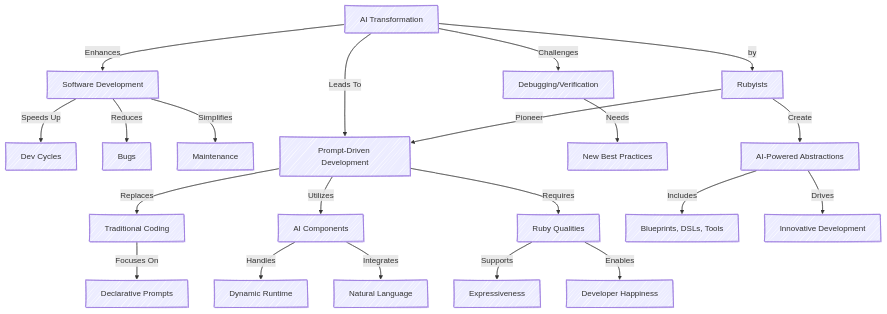
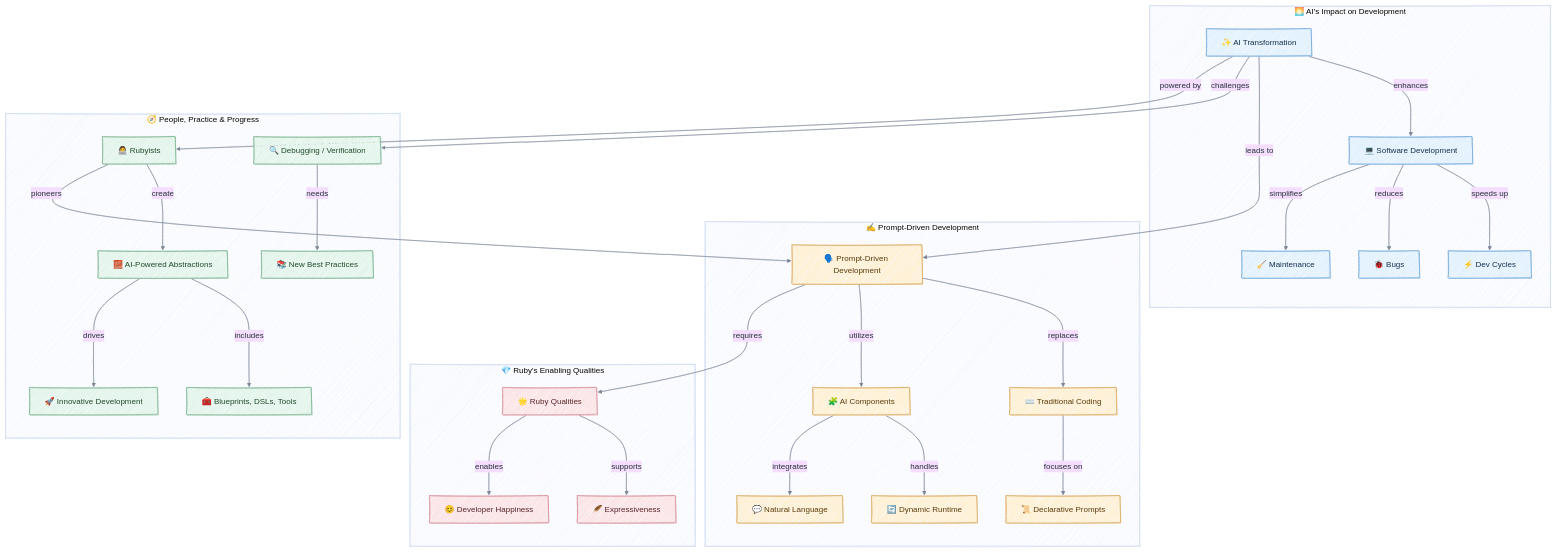
Before and after one commit to enogrob/enogrob.github.io: the diagram in _posts/2025-04-02-rubyists-leading-the-way-in-the-ai-revolution.md, drawn with Mermaid. The commit also changed 12 other files, not shown here.

````diff
--- a/_posts/2025-04-02-rubyists-leading-the-way-in-the-ai-revolution.md
+++ b/_posts/2025-04-02-rubyists-leading-the-way-in-the-ai-revolution.md
@@ -57,28 +57,45 @@
 ```mermaid!
-graph TD  
-%%{init: {"theme": "default", "look": "handDrawn"}}%%
-    A[AI Transformation] -->|Enhances| B[Software Development]  
-    B -->|Speeds Up| C[Dev Cycles]  
-    B -->|Reduces| D[Bugs]  
-    B -->|Simplifies| E[Maintenance]  
+%%{init: {"theme": "base", "look": "handDrawn", "themeVariables": {"fontFamily": "ui-sans-serif, system-ui, sans-serif", "lineColor": "#7c8798", "primaryTextColor": "#263238"}, "flowchart": {"nodeSpacing": 55, "rankSpacing": 90}}}%%
+flowchart TD
+   subgraph Impact["🌅 AI's Impact on Development"]
+      A["✨ AI Transformation"] -->|enhances| B["💻 Software Development"]
+      B -->|speeds up| C["⚡ Dev Cycles"]
+      B -->|reduces| D["🐞 Bugs"]
+      B -->|simplifies| E["🧹 Maintenance"]
+   end
 
-    A -->|Leads To| F[Prompt-Driven Development]  
-    F -->|Replaces| G[Traditional Coding]  
-    G -->|Focuses On| H[Declarative Prompts]  
+   subgraph PDD["✍️ Prompt-Driven Development"]
+      F["🗣️ Prompt-Driven Development"] -->|replaces| G["⌨️ Traditional Coding"]
+      G -->|focuses on| H["📜 Declarative Prompts"]
+      F -->|utilizes| I["🧩 AI Components"]
+      I -->|handles| J["🔄 Dynamic Runtime"]
+      I -->|integrates| K["💬 Natural Language"]
+   end
 
-    F -->|Utilizes| I[AI Components]  
-    I -->|Handles| J[Dynamic Runtime]  
-    I -->|Integrates| K[Natural Language]  
+   subgraph Ruby["💎 Ruby's Enabling Qualities"]
+      L["🌟 Ruby Qualities"] -->|supports| M["🪶 Expressiveness"]
+      L -->|enables| N["😊 Developer Happiness"]
+   end
 
-    F -->|Requires| L[Ruby Qualities]  
-    L -->|Supports| M[Expressiveness]  
-    L -->|Enables| N[Developer Happiness]  
+   subgraph Guardrails["🧭 People, Practice & Progress"]
+      O["🔍 Debugging / Verification"] -->|needs| Q["📚 New Best Practices"]
+      P["👩‍💻 Rubyists"] -->|create| R["🧱 AI-Powered Abstractions"]
+      R -->|includes| S["🧰 Blueprints, DSLs, Tools"]
+      R -->|drives| T["🚀 Innovative Development"]
+   end
 
-    A -->|Challenges| O[Debugging/Verification]  
-    O -->|Needs| Q[New Best Practices]  
+   A -->|leads to| F
+   F -->|requires| L
+   A -->|challenges| O
+   A -->|powered by| P
+   P -->|pioneers| F
 
-    A --> |by| P[Rubyists] -->|Pioneer| F  
-    P -->|Create| R[AI-Powered Abstractions]  
-    R -->|Includes| S[Blueprints, DSLs, Tools]  
-    R -->|Drives| T[Innovative Development]   
+   classDef impact fill:#e3f2fd,stroke:#5b9bd5,color:#16324f,stroke-width:1px
+   classDef pdd fill:#fff1d6,stroke:#d39b45,color:#5b3d0b,stroke-width:1px
+   classDef ruby fill:#fbe5e7,stroke:#cf7d86,color:#5b252b,stroke-width:1px
+   classDef practice fill:#e4f5ec,stroke:#68a77d,color:#204b2d,stroke-width:1px
+   class A,B,C,D,E impact
+   class F,G,H,I,J,K pdd
+   class L,M,N ruby
+   class O,P,Q,R,S,T practice
 ```
````
